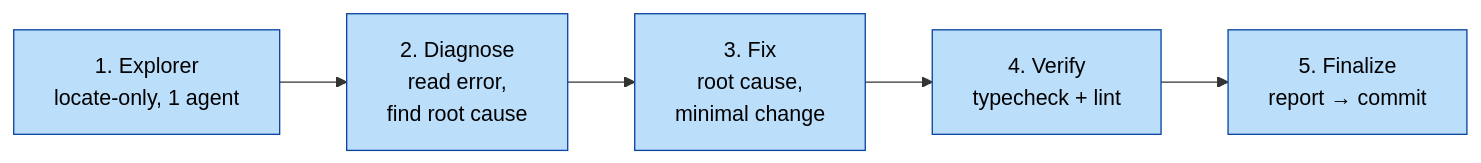
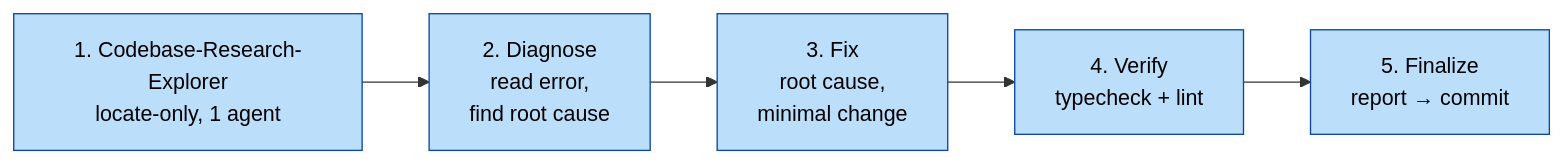
One commit to baka3k/dev-kit changed the second of 7 diagrams in devkit.md. Above: the diagram before and after it, drawn with Mermaid. The commit also changed other lines of this file and 27 other files, not shown here.

````diff
--- a/devkit.md
+++ b/devkit.md
@@ -62,11 +62,11 @@
 ```mermaid
 graph LR
-    A[1. Explorer<br/>locate-only, 1 agent] --> B[2. Diagnose<br/>read error,<br/>find root cause]
+    A[1. Codebase-Research-Explorer<br/>locate-only, 1 agent] --> B[2. Diagnose<br/>read error,<br/>find root cause]
     B --> C[3. Fix<br/>root cause,<br/>minimal change]
     C --> D[4. Verify<br/>typecheck + lint]
     D --> E[5. Finalize<br/>report → commit]
 
     classDef step fill:#bbdefb,stroke:#0d47a1,color:#000
     class A,B,C,D,E step
 
 ```
````
